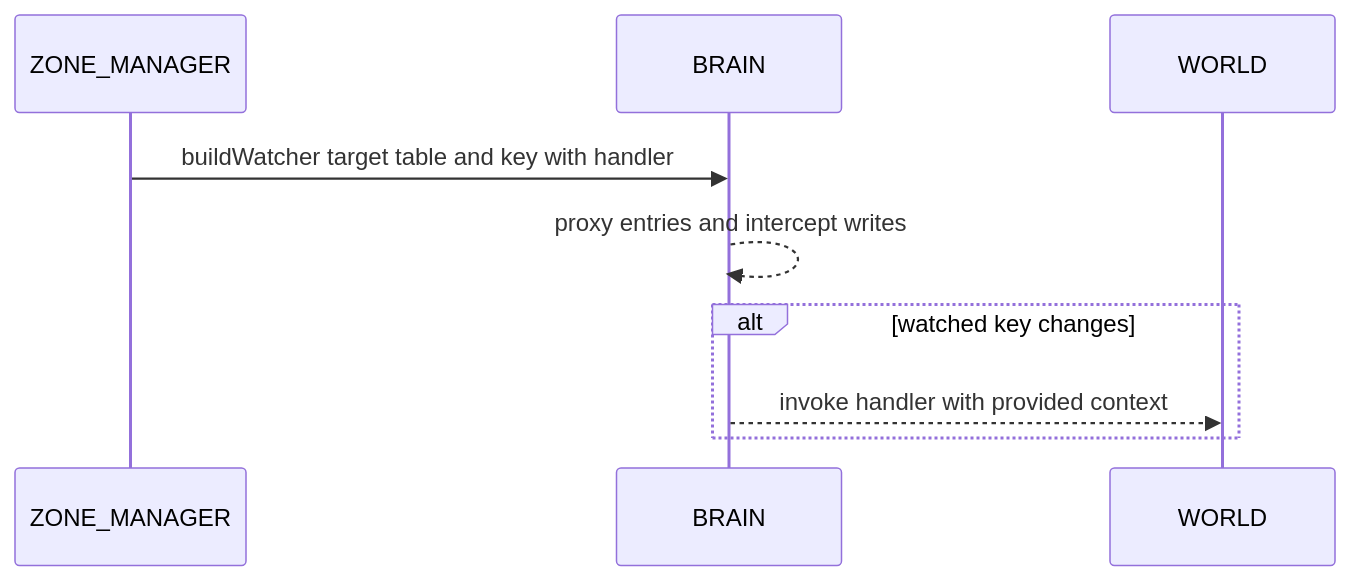
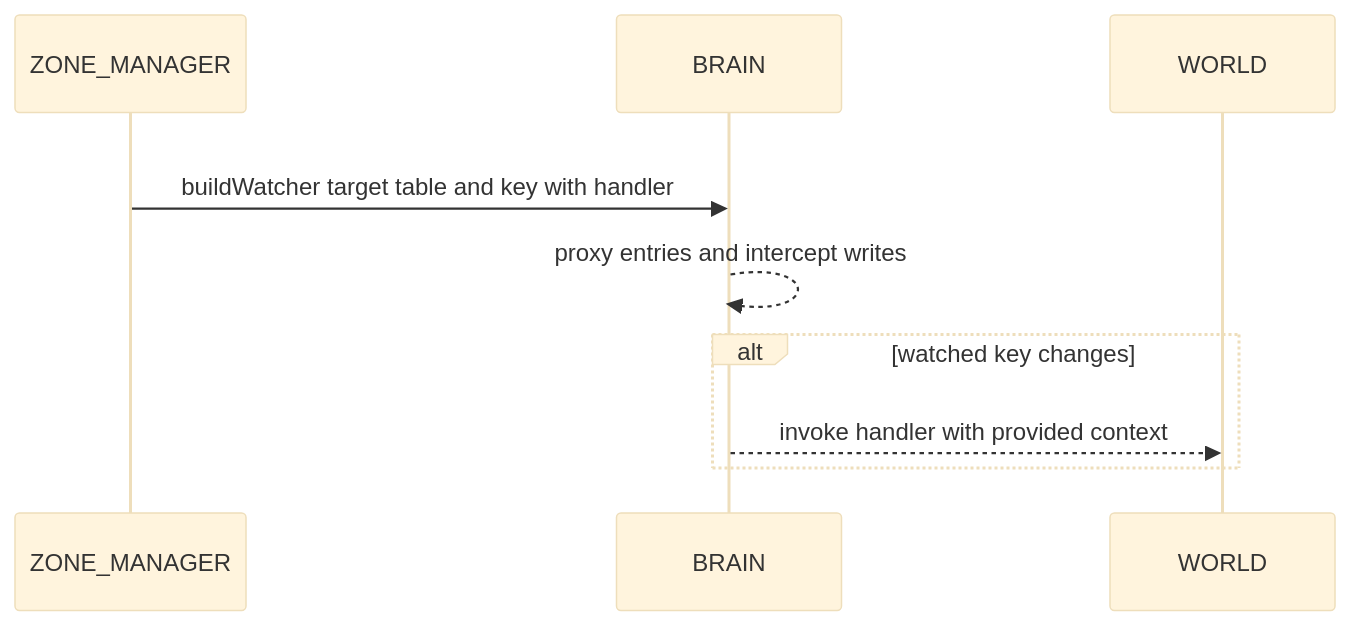
Before and after one commit to Gh0st352/AETHR: the second of 2 diagrams in docs/brain/watchers.md, drawn with Mermaid. The commit also changed other lines of this file and 5 other files, not shown here.

First line of the commit message:
docs(diagrams): convert mermaid identifiers and improve styling

````diff
--- a/docs/brain/watchers.md
+++ b/docs/brain/watchers.md
@@ -26,11 +38,15 @@
 ```mermaid
+%%{init: {"theme":"base"}}%%
 sequenceDiagram
-  participant ZM as ZONE_MANAGER
-  participant BR as BRAIN
-  participant WL as WORLD
-  ZM->>BR: buildWatcher target table and key with handler
-  BR-->>BR: proxy entries and intercept writes
-  alt watched key changes
-    BR-->>WL: invoke handler with provided context
+  %% Background rect improves readability on dark docs
+  rect rgba(255,255,255,0.75)
+    participant ZM as ZONE_MANAGER
+    participant BR as BRAIN
+    participant WL as WORLD
+    ZM->>BR: buildWatcher target table and key with handler
+    BR-->>BR: proxy entries and intercept writes
+    alt watched key changes
+      BR-->>WL: invoke handler with provided context
+    end
   end
 ```
````
